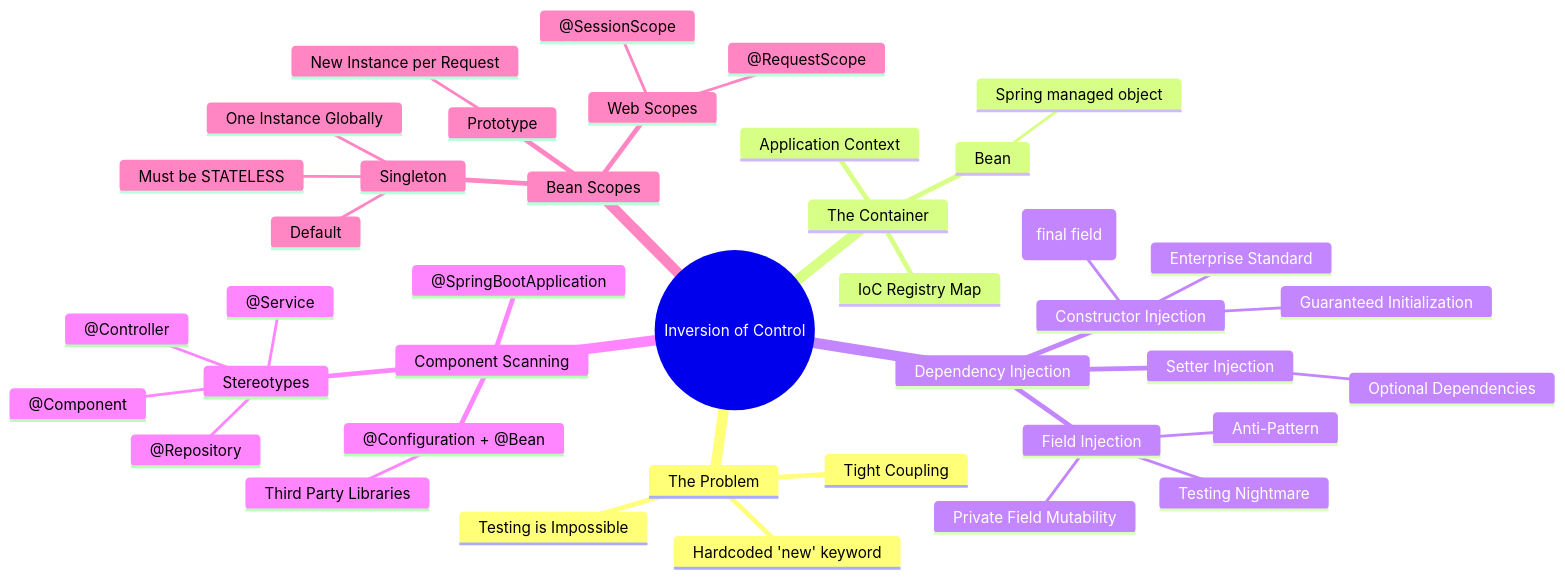
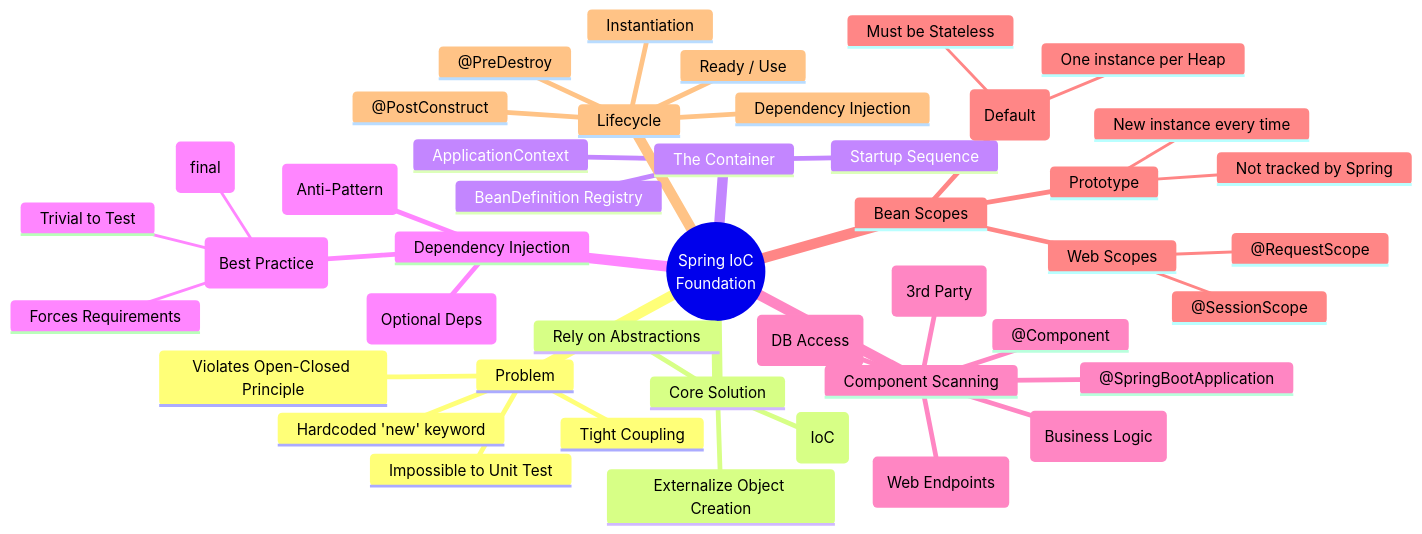
One commit to sivanagaraju/java_springboot changed the diagram in 01-spring-boot-architecture/01-inversion-of-control/MINDMAP.md. Above: the diagram before and after it, drawn with Mermaid. The commit also changed other lines of this file and 25 other files, not shown here.

Commit message:
feat: Introduce a comprehensive learning module for Spring Boot architecture, covering Inversion of Control, auto-configuration, and starters with accompanying code examples.

````diff
--- a/01-spring-boot-architecture/01-inversion-of-control/MINDMAP.md
+++ b/01-spring-boot-architecture/01-inversion-of-control/MINDMAP.md
@@ -1,43 +3,48 @@
 ```mermaid
 mindmap
-  root((Inversion of Control))
-    The Problem
+  root((Spring IoC
+  Foundation))
+    Problem
       Tight Coupling
       Hardcoded 'new' keyword
-      Testing is Impossible
+      Impossible to Unit Test
+      Violates Open-Closed Principle
+    Core Solution
+      Inversion of Control (IoC)
+      Externalize Object Creation
+      Rely on Abstractions
     The Container
-      Application Context
-      IoC Registry Map
-      Bean
-        Spring managed object
+      ApplicationContext
+      BeanDefinition Registry
+      Startup Sequence
     Dependency Injection
-      Constructor Injection
-        Enterprise Standard
-        Immutable (final field)
-        Guaranteed Initialization
-      Setter Injection
-        Optional Dependencies
-      Field Injection
-        Anti-Pattern
-        Private Field Mutability
-        Testing Nightmare
+      Field Injection (Anti-Pattern)
+      Setter Injection (Optional Deps)
+      Constructor Injection (Best Practice)
+        Forces Requirements
+        Guarantees Immutability (final)
+        Trivial to Test
     Component Scanning
       @SpringBootApplication
-      Stereotypes
-        @Component
-        @Service
-        @Repository
-        @Controller
-      @Configuration + @Bean
-        Third Party Libraries
+      @Component
+      @Service (Business Logic)
+      @Repository (DB Access)
+      @Controller (Web Endpoints)
+      @Configuration & @Bean (3rd Party)
     Bean Scopes
-      Singleton
-        Default
-        One Instance Globally
-        Must be STATELESS
+      Singleton (Default)
+        Must be Stateless
+        One instance per Heap
       Prototype
-        New Instance per Request
+        New instance every time
+        Not tracked by Spring
       Web Scopes
         @RequestScope
         @SessionScope
+    Lifecycle
+      Instantiation
+      Dependency Injection
+      @PostConstruct
+      Ready / Use
+      @PreDestroy
 ```
````
